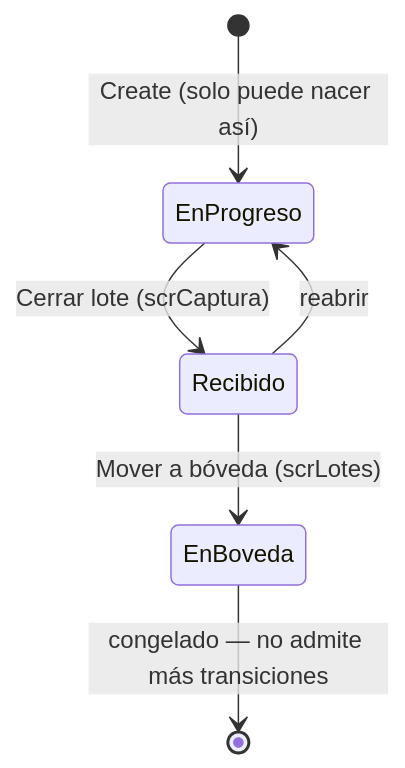
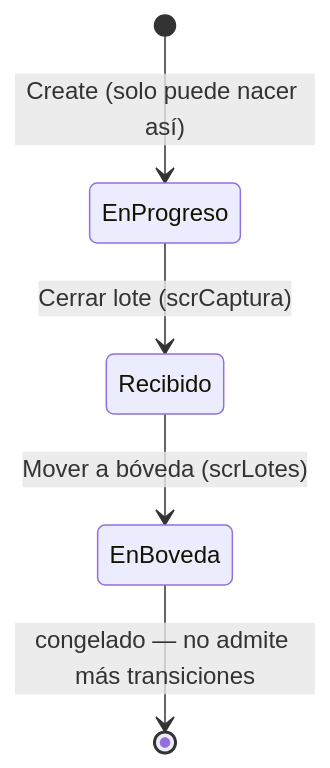
The second of 3 diagrams in docs/procesos/03-recepcion-tulas-esclusa.md (randy-kauffman/CashHub), drawn with Mermaid before and after one commit. The commit also changed other lines of this file and 7 other files, not shown here.

````diff
--- a/docs/procesos/03-recepcion-tulas-esclusa.md
+++ b/docs/procesos/03-recepcion-tulas-esclusa.md
@@ -82,8 +68,7 @@
 ```mermaid
 stateDiagram-v2
     [*] --> EnProgreso: Create (solo puede nacer así)
     EnProgreso --> Recibido: Cerrar lote (scrCaptura)
-    Recibido --> EnProgreso: reabrir
     Recibido --> EnBoveda: Mover a bóveda (scrLotes)
     EnBoveda --> [*]: congelado — no admite más transiciones
 ```
````
